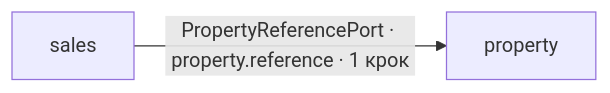
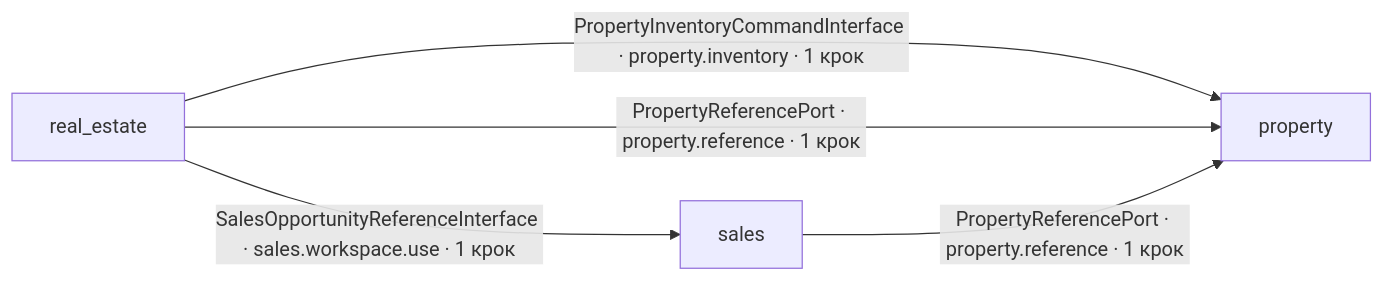
The diagram in docs/12-reference/cross-domain-process-topology.md (Murakhovsky/TerraNova2026), drawn with Mermaid before and after one commit. The commit also changed other lines of this file, not shown here.

Commit message:
Wave 9: refresh generated process reference

````diff
--- a/docs/12-reference/cross-domain-process-topology.md
+++ b/docs/12-reference/cross-domain-process-topology.md
@@ -27,6 +27,10 @@
 ```mermaid
 flowchart LR
     domain_property["property"]
+    domain_real_estate["real_estate"]
     domain_sales["sales"]
+    domain_real_estate -->|PropertyInventoryCommandInterface · property.inventory · 1 крок| domain_property
+    domain_real_estate -->|PropertyReferencePort · property.reference · 1 крок| domain_property
+    domain_real_estate -->|SalesOpportunityReferenceInterface · sales.workspace.use · 1 крок| domain_sales
     domain_sales -->|PropertyReferencePort · property.reference · 1 крок| domain_property
 ```
````
